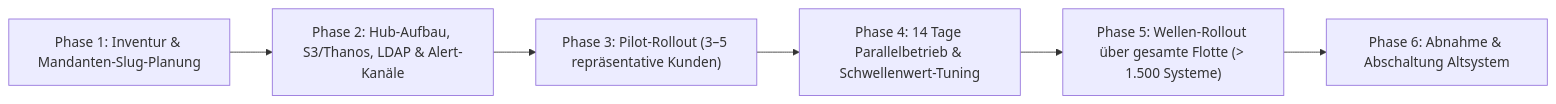
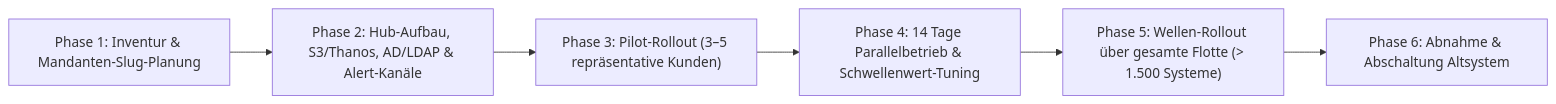
One commit to BLS-ISP/ns8-centralmonitoringservice changed the diagram in docs/migration-guide.md. Above: the diagram before and after it, drawn with Mermaid. The commit also changed other lines of this file and 16 other files, not shown here.

````diff
--- a/docs/migration-guide.md
+++ b/docs/migration-guide.md
@@ -9,11 +16,11 @@
 ```mermaid
 flowchart LR
     P1["Phase 1: Inventur & Mandanten-Slug-Planung"]
-    P2["Phase 2: Hub-Aufbau, S3/Thanos, LDAP & Alert-Kanäle"]
+    P2["Phase 2: Hub-Aufbau, S3/Thanos, AD/LDAP & Alert-Kanäle"]
     P3["Phase 3: Pilot-Rollout (3–5 repräsentative Kunden)"]
     P4["Phase 4: 14 Tage Parallelbetrieb & Schwellenwert-Tuning"]
     P5["Phase 5: Wellen-Rollout über gesamte Flotte (> 1.500 Systeme)"]
     P6["Phase 6: Abnahme & Abschaltung Altsystem"]
 
     P1 --> P2 --> P3 --> P4 --> P5 --> P6
 ```
````
